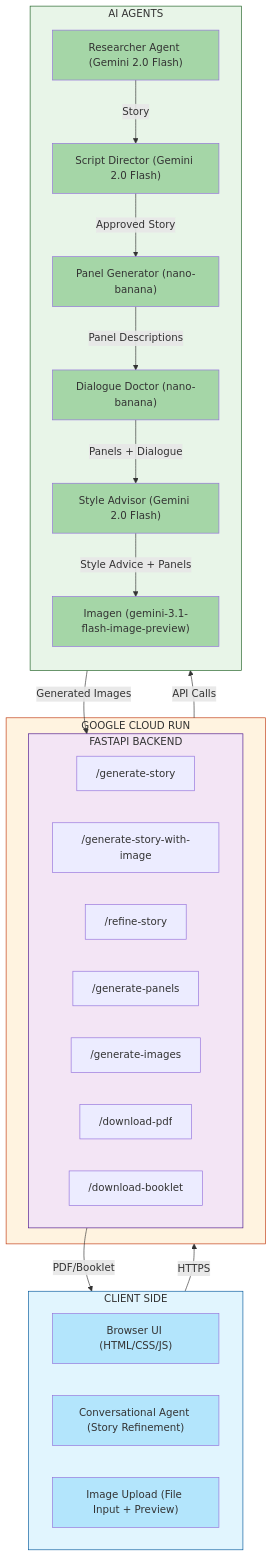
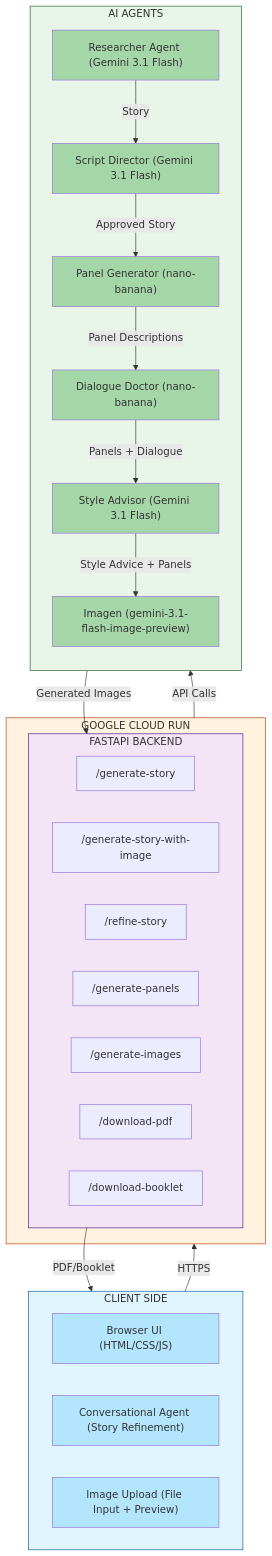
Before and after one commit to RobinaMirbahar/Comic-Studio-Ai: the first of 2 diagrams in docs/architecture.md, drawn with Mermaid. The commit also changed other lines of this file and 1 other file, not shown here.

Commit message:
Update documentation to reflect Gemini 3.1 Flash upgrade

````diff
--- a/docs/architecture.md
+++ b/docs/architecture.md
@@ -8,56 +8,56 @@
 ```mermaid
 flowchart TB
     subgraph Client["CLIENT SIDE"]
         UI["Browser UI (HTML/CSS/JS)"]
         CA["Conversational Agent (Story Refinement)"]
         IMG["Image Upload (File Input + Preview)"]
     end
 
     subgraph CloudRun["GOOGLE CLOUD RUN"]
         subgraph Backend["FASTAPI BACKEND"]
             direction LR
             GS["/generate-story"]
             GSI["/generate-story-with-image"]
             RS["/refine-story"]
             GP["/generate-panels"]
             GI["/generate-images"]
             DP["/download-pdf"]
             DB["/download-booklet"]
         end
     end
 
     subgraph Agents["AI AGENTS"]
         direction TB
-        RA["Researcher Agent (Gemini 2.0 Flash)"]
-        SA["Script Director (Gemini 2.0 Flash)"]
+        RA["Researcher Agent (Gemini 3.1 Flash)"]
+        SA["Script Director (Gemini 3.1 Flash)"]
         PGA["Panel Generator (nano-banana)"]
         DDA["Dialogue Doctor (nano-banana)"]
-        STA["Style Advisor (Gemini 2.0 Flash)"]
+        STA["Style Advisor (Gemini 3.1 Flash)"]
         IMA["Imagen (gemini-3.1-flash-image-preview)"]
     end
 
     Client -->|HTTPS| CloudRun
     CloudRun -->|API Calls| Agents
     
     RA -->|Story| SA
     SA -->|Approved Story| PGA
     PGA -->|Panel Descriptions| DDA
     DDA -->|Panels + Dialogue| STA
     STA -->|Style Advice + Panels| IMA
     IMA -->|Generated Images| Backend
     Backend -->|PDF/Booklet| Client
 
     style Client fill:#e1f5fe,stroke:#01579b
     style CloudRun fill:#fff3e0,stroke:#bf360c
     style Agents fill:#e8f5e8,stroke:#1b5e20
     style Backend fill:#f3e5f5,stroke:#4a148c
     style UI fill:#b3e5fc
     style CA fill:#b3e5fc
     style IMG fill:#b3e5fc
     style RA fill:#a5d6a7
     style SA fill:#a5d6a7
     style PGA fill:#a5d6a7
     style DDA fill:#a5d6a7
     style STA fill:#a5d6a7
     style IMA fill:#a5d6a7
 ```
````
